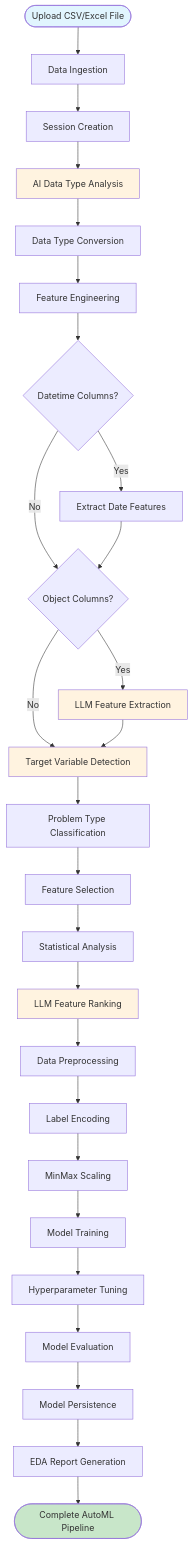
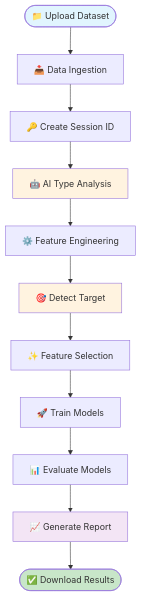
Before and after one commit to Mayuresh-Bairagi/automl: the second of 2 diagrams in README.md, drawn with Mermaid. The commit also changed other lines of this file and 66 other files, not shown here.

````diff
--- a/README.md
+++ b/README.md
@@ -169,35 +221,19 @@
 ```mermaid
 flowchart TD
-    Start([Upload CSV/Excel File]) --> A[Data Ingestion]
-    A --> B[Session Creation]
-    B --> C[AI Data Type Analysis]
-    C --> D[Data Type Conversion]
-    D --> E[Feature Engineering]
-    E --> F{Datetime Columns?}
-    F -->|Yes| G[Extract Date Features]
-    F -->|No| H{Object Columns?}
-    G --> H
-    H -->|Yes| I[LLM Feature Extraction]
-    H -->|No| J[Target Variable Detection]
-    I --> J
-    J --> K[Problem Type Classification]
-    K --> L[Feature Selection]
-    L --> M[Statistical Analysis]
-    M --> N[LLM Feature Ranking]
-    N --> O[Data Preprocessing]
-    O --> P[Label Encoding]
-    P --> Q[MinMax Scaling]
-    Q --> R[Model Training]
-    R --> S[Hyperparameter Tuning]
-    S --> T[Model Evaluation]
-    T --> U[Model Persistence]
-    U --> V[EDA Report Generation]
-    V --> End([Complete AutoML Pipeline])
+    Start([📁 Upload Dataset]) --> Ingest[📥 Data Ingestion]
+    Ingest --> Session[🔑 Create Session ID]
+    Session --> Analyze[🤖 AI Type Analysis]
+    Analyze --> Engineer[⚙️ Feature Engineering]
+    Engineer --> Target[🎯 Detect Target]
+    Target --> Select[✨ Feature Selection]
+    Select --> Train[🚀 Train Models]
+    Train --> Eval[📊 Evaluate Models]
+    Eval --> Report[📈 Generate Report]
+    Report --> End([✅ Download Results])
     
     style Start fill:#e1f5fe
     style End fill:#c8e6c9
-    style C fill:#fff3e0
-    style I fill:#fff3e0
-    style J fill:#fff3e0
-    style N fill:#fff3e0
+    style Analyze fill:#fff3e0
+    style Target fill:#fff3e0
+    style Report fill:#f3e5f5
 ```
````
